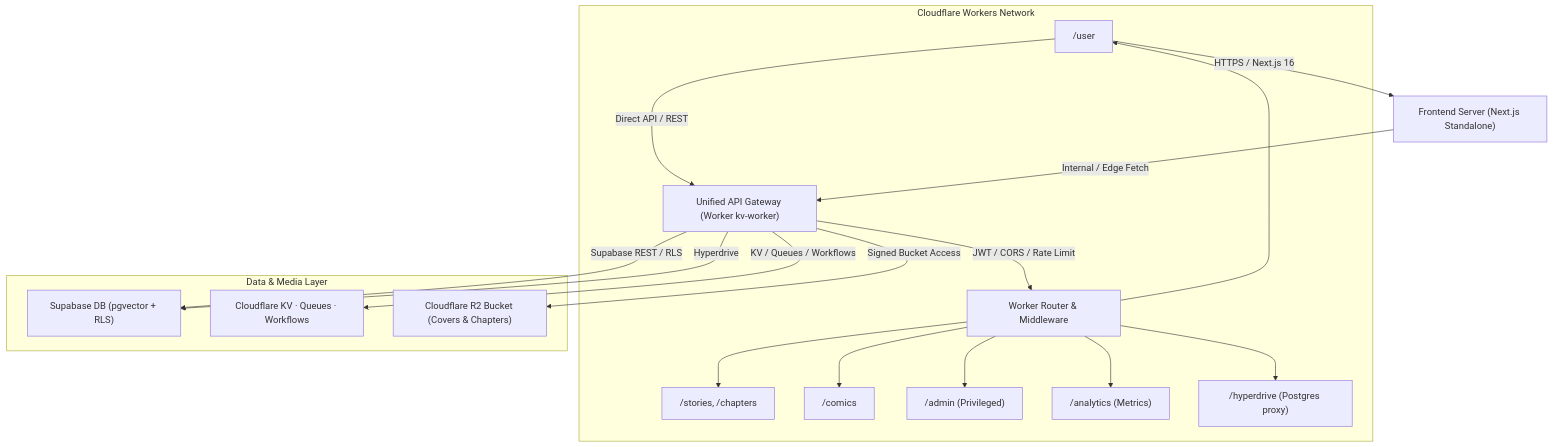
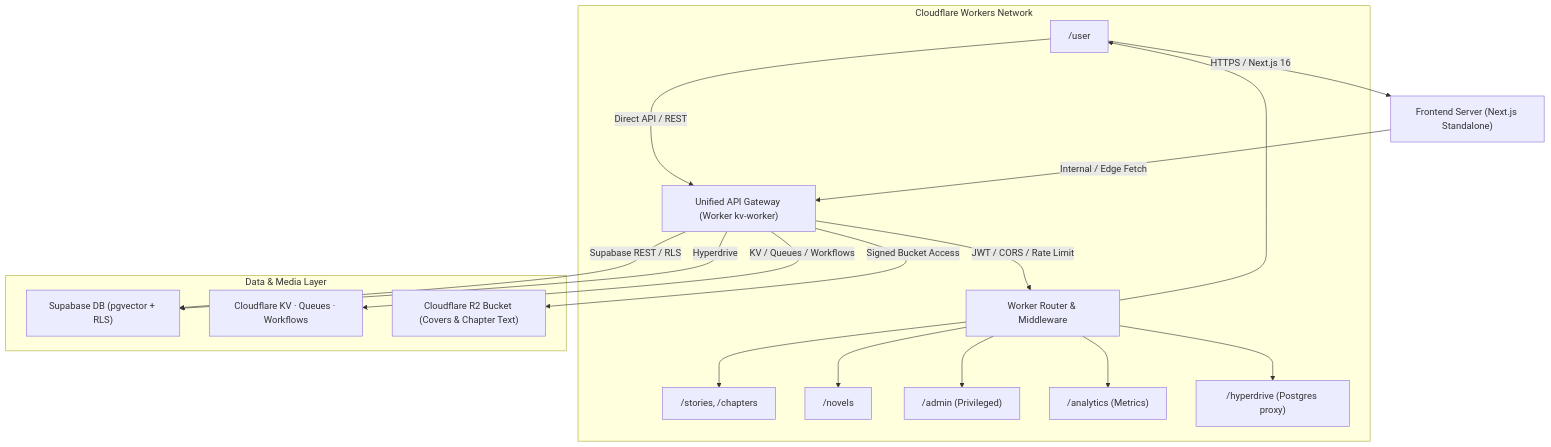
Before and after one commit to Heizdoobert/Novel: the diagram in README.md, drawn with Mermaid. The commit also changed other lines of this file and 6 other files, not shown here.

````diff
--- a/README.md
+++ b/README.md
@@ -34,23 +34,23 @@
 ```mermaid
 graph TD
     User["Client Browser / Web App"] -->|HTTPS / Next.js 16| Frontend["Frontend Server (Next.js Standalone)"]
     User -->|Direct API / REST| Gateway["Unified API Gateway (Worker kv-worker)"]
     Frontend -->|Internal / Edge Fetch| Gateway
 
     subgraph Edge Layer [Cloudflare Workers Network]
         Gateway -->|JWT / CORS / Rate Limit| Router["Worker Router & Middleware"]
         Router --> Stories["/stories, /chapters"]
-        Router --> Comics["/comics"]
+        Router --> Novels["/novels"]
         Router --> Admin["/admin (Privileged)"]
         Router --> Analytics["/analytics (Metrics)"]
         Router --> User["/user"]
         Router --> Hyperdrive["/hyperdrive (Postgres proxy)"]
     end
 
     subgraph Data & Media Layer
         Gateway -->|Supabase REST / RLS| Supabase["Supabase DB (pgvector + RLS)"]
         Gateway -->|KV / Queues / Workflows| CFState["Cloudflare KV · Queues · Workflows"]
         Gateway -->|Hyperdrive| Supabase
-        Gateway -->|Signed Bucket Access| R2["Cloudflare R2 Bucket (Covers & Chapters)"]
+        Gateway -->|Signed Bucket Access| R2["Cloudflare R2 Bucket (Covers & Chapter Text)"]
     end
 ```
````
